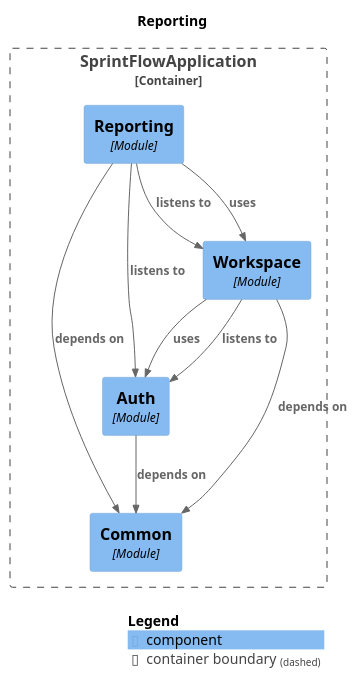
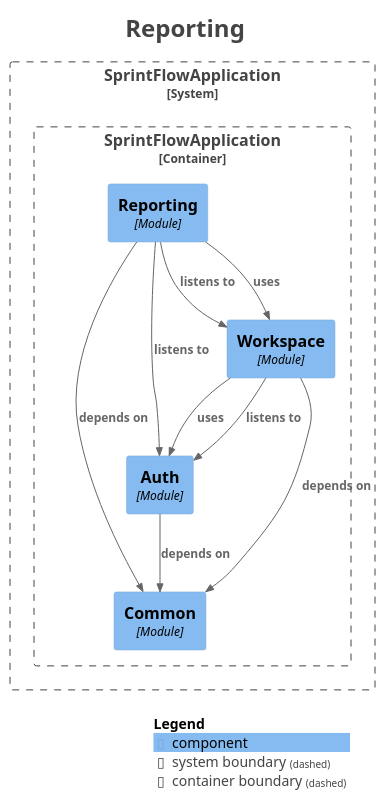
The diagram in docs/architecture/module-reporting.puml (Mouaz7/sprintflow-insight), drawn with PlantUML before and after one commit. The commit also changed 48 other files, not shown here.

```diff
--- a/docs/architecture/module-reporting.puml
+++ b/docs/architecture/module-reporting.puml
@@ -1,28 +1,39 @@
 @startuml
+title <size:24>Reporting</size>
+
 set separator none
-title Reporting
+top to bottom direction
 
-top to bottom direction
+<style>
+  root {
+    BackgroundColor: #ffffff
+    FontColor: #444444
+  }
+</style>
 
 !include <C4/C4>
 !include <C4/C4_Context>
 !include <C4/C4_Component>
 
-Container_Boundary("SprintFlowApplication.SprintFlowApplication_boundary", "SprintFlowApplication", $tags="") {
-  Component(SprintFlowApplication.SprintFlowApplication.Common, "Common", $techn="Module", $descr="", $tags="", $link="")
-  Component(SprintFlowApplication.SprintFlowApplication.Auth, "Auth", $techn="Module", $descr="", $tags="", $link="")
-  Component(SprintFlowApplication.SprintFlowApplication.Workspace, "Workspace", $techn="Module", $descr="", $tags="", $link="")
-  Component(SprintFlowApplication.SprintFlowApplication.Reporting, "Reporting", $techn="Module", $descr="", $tags="", $link="")
+System_Boundary("SprintFlowApplication_boundary", "SprintFlowApplication", $tags="") {
+  Container_Boundary("SprintFlowApplication.SprintFlowApplication_boundary", "SprintFlowApplication", $tags="") {
+    Component(SprintFlowApplication.SprintFlowApplication.Common, "Common", $techn="Module", $descr="", $tags="", $link="")
+    Component(SprintFlowApplication.SprintFlowApplication.Auth, "Auth", $techn="Module", $descr="", $tags="", $link="")
+    Component(SprintFlowApplication.SprintFlowApplication.Workspace, "Workspace", $techn="Module", $descr="", $tags="", $link="")
+    Component(SprintFlowApplication.SprintFlowApplication.Reporting, "Reporting", $techn="Module", $descr="", $tags="", $link="")
+  }
+
 }
 
+Rel(SprintFlowApplication.SprintFlowApplication.Reporting, SprintFlowApplication.SprintFlowApplication.Auth, "listens to", $techn="", $tags="", $link="")
 Rel(SprintFlowApplication.SprintFlowApplication.Reporting, SprintFlowApplication.SprintFlowApplication.Workspace, "listens to", $techn="", $tags="", $link="")
-Rel(SprintFlowApplication.SprintFlowApplication.Reporting, SprintFlowApplication.SprintFlowApplication.Auth, "listens to", $techn="", $tags="", $link="")
 Rel(SprintFlowApplication.SprintFlowApplication.Reporting, SprintFlowApplication.SprintFlowApplication.Common, "depends on", $techn="", $tags="", $link="")
 Rel(SprintFlowApplication.SprintFlowApplication.Reporting, SprintFlowApplication.SprintFlowApplication.Workspace, "uses", $techn="", $tags="", $link="")
-Rel(SprintFlowApplication.SprintFlowApplication.Auth, SprintFlowApplication.SprintFlowApplication.Common, "depends on", $techn="", $tags="", $link="")
 Rel(SprintFlowApplication.SprintFlowApplication.Workspace, SprintFlowApplication.SprintFlowApplication.Auth, "listens to", $techn="", $tags="", $link="")
 Rel(SprintFlowApplication.SprintFlowApplication.Workspace, SprintFlowApplication.SprintFlowApplication.Common, "depends on", $techn="", $tags="", $link="")
 Rel(SprintFlowApplication.SprintFlowApplication.Workspace, SprintFlowApplication.SprintFlowApplication.Auth, "uses", $techn="", $tags="", $link="")
+Rel(SprintFlowApplication.SprintFlowApplication.Auth, SprintFlowApplication.SprintFlowApplication.Common, "depends on", $techn="", $tags="", $link="")
 
 SHOW_LEGEND(true)
+hide stereotypes
 @enduml
```
